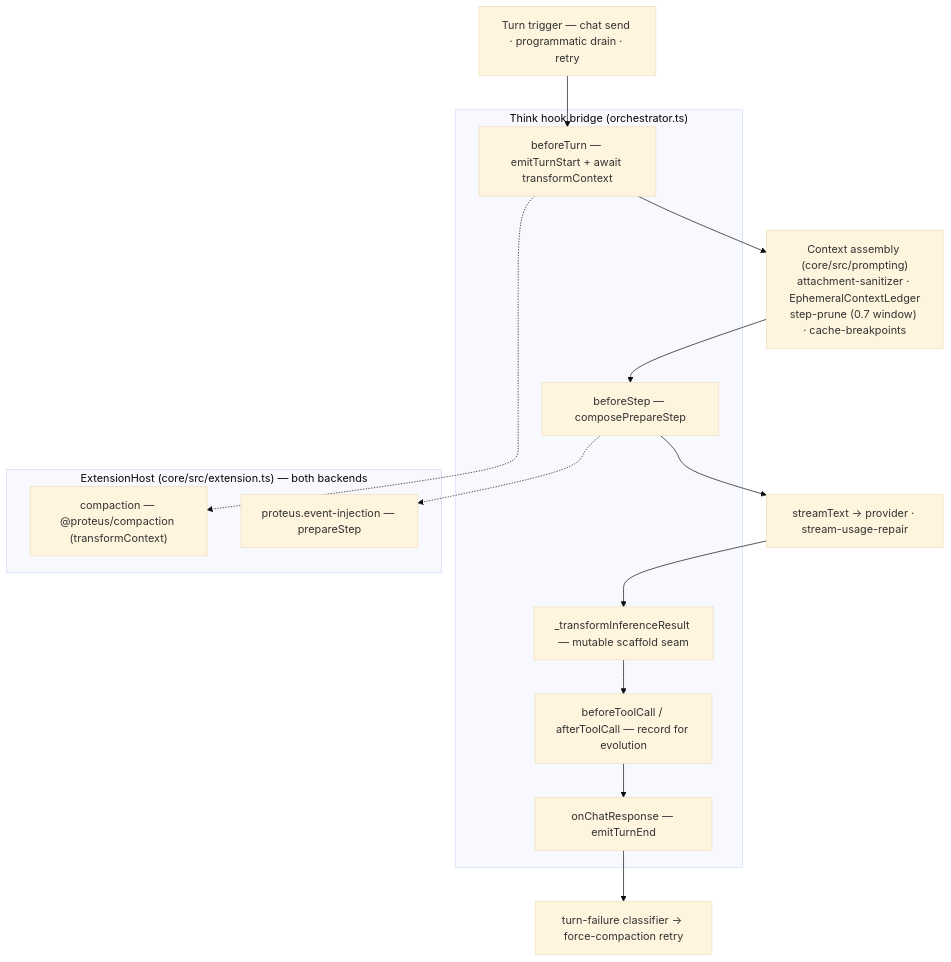
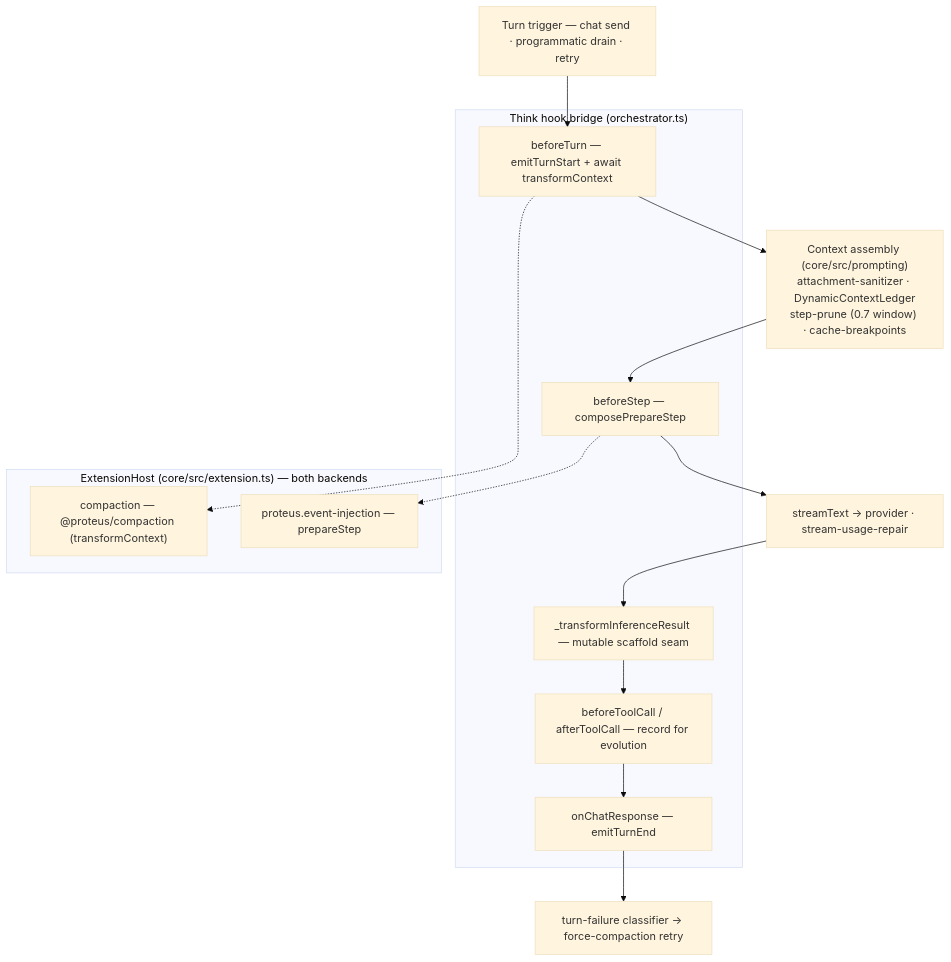
The third of 5 diagrams in docs/ARCHITECTURE.md (AshishKumar4/kinu), drawn with Mermaid (base theme) before and after one commit. The commit also changed other lines of this file and 66 other files, not shown here.

First line of the commit message:
prompt: verification and fork-on-doubt doctrine, per-step dynamic context

````diff
--- a/docs/ARCHITECTURE.md
+++ b/docs/ARCHITECTURE.md
@@ -152,25 +152,25 @@
 ```mermaid
 flowchart TB
     In["Turn trigger — chat send · programmatic drain · retry"]
 
     subgraph Bridge["Think hook bridge (orchestrator.ts)"]
         BT["beforeTurn — emitTurnStart + await transformContext"]
         BS["beforeStep — composePrepareStep"]
         TC["beforeToolCall / afterToolCall — record for evolution"]
         IT["_transformInferenceResult — mutable scaffold seam"]
         CR["onChatResponse — emitTurnEnd"]
     end
 
     subgraph Host["ExtensionHost (core/src/extension.ts) — both backends"]
         Comp["compaction — @proteus/compaction (transformContext)"]
         Inj["proteus.event-injection — prepareStep"]
     end
 
-    Assembly["Context assembly (core/src/prompting)<br/>attachment-sanitizer · EphemeralContextLedger<br/>step-prune (0.7 window) · cache-breakpoints"]
+    Assembly["Context assembly (core/src/prompting)<br/>attachment-sanitizer · DynamicContextLedger<br/>step-prune (0.7 window) · cache-breakpoints"]
     Model["streamText → provider · stream-usage-repair"]
     Fail["turn-failure classifier → force-compaction retry"]
 
     In --> BT --> Assembly --> BS --> Model --> IT --> TC --> CR --> Fail
     BT -.-> Comp
     BS -.-> Inj
 ```
````
